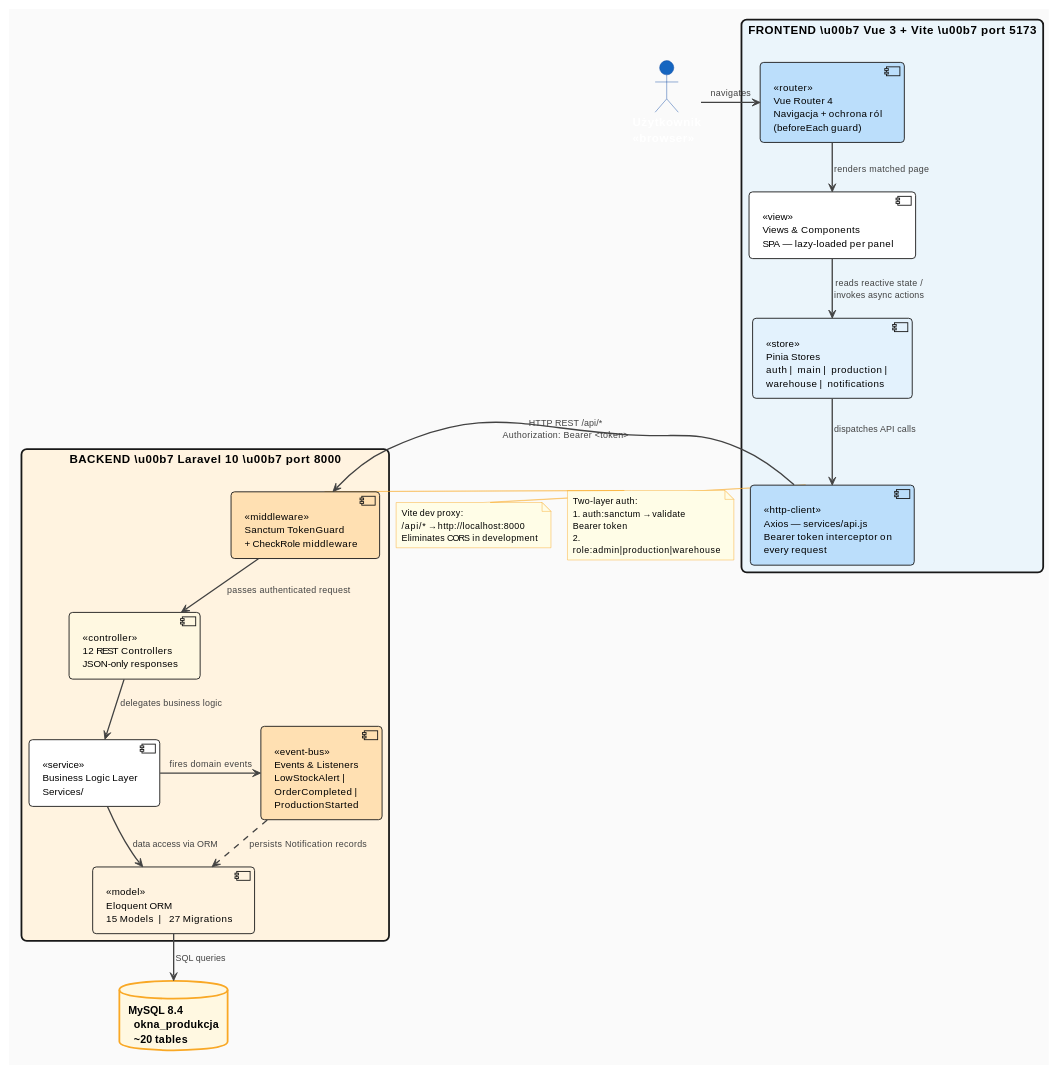
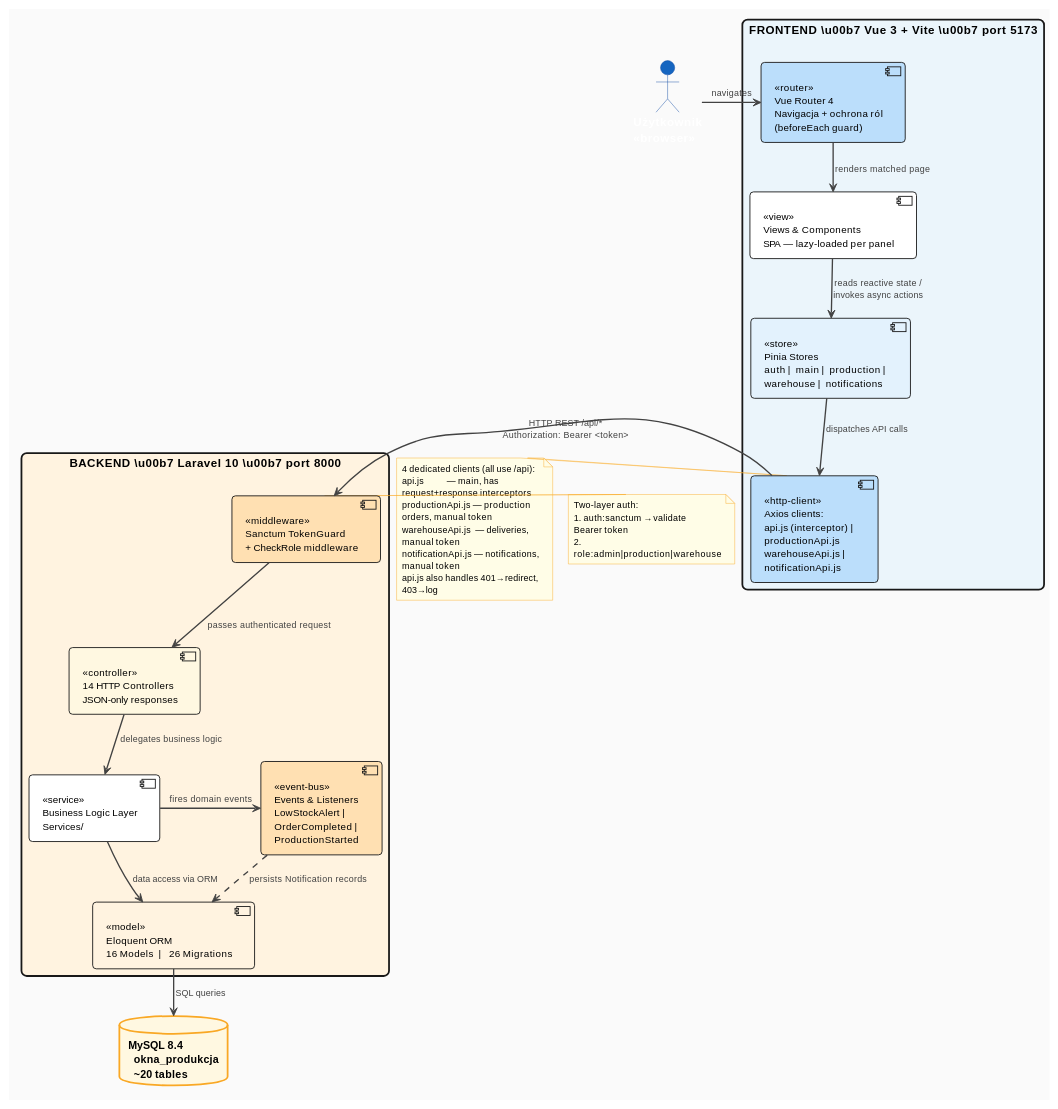
One commit to Tekashian/WindowWidow changed the diagram in docs/01-architektura.md. Above: the diagram before and after it, drawn with PlantUML. The commit also changed other lines of this file and 6 other files, not shown here.

First line of the commit message:
fix: deep UML audit + 1 more hardcoded URL

```diff
--- a/docs/01-architektura.md
+++ b/docs/01-architektura.md
@@ -71,14 +71,14 @@
   component "<<router>>\nVue Router 4\nNavigacja + ochrona ról (beforeEach guard)" as ROUTER #BBDEFB
   component "<<view>>\nViews & Components\nSPA — lazy-loaded per panel" as VIEWS #FFFFFF
   component "<<store>>\nPinia Stores\nauth | main | production | warehouse | notifications" as STORES #E3F2FD
-  component "<<http-client>>\nAxios — services/api.js\nBearer token interceptor on every request" as AXIOS #BBDEFB
+  component "<<http-client>>\nAxios clients:\napi.js (interceptor) | productionApi.js\nwarehouseApi.js | notificationApi.js" as AXIOS #BBDEFB
 }
 
 rectangle "BACKEND  \u00b7  Laravel 10  \u00b7  port 8000" #FFF3E0 {
   component "<<middleware>>\nSanctum TokenGuard\n+ CheckRole middleware" as MW #FFE0B2
-  component "<<controller>>\n12 REST Controllers\nJSON-only responses" as CTRL #FFF8E1
+  component "<<controller>>\n14 HTTP Controllers\nJSON-only responses" as CTRL #FFF8E1
   component "<<service>>\nBusiness Logic Layer\nServices/" as SVC #FFFFFF
-  component "<<model>>\nEloquent ORM\n15 Models  |  27 Migrations" as MODELS #FFF3E0
+  component "<<model>>\nEloquent ORM\n16 Models  |  26 Migrations" as MODELS #FFF3E0
   component "<<event-bus>>\nEvents & Listeners\nLowStockAlert | OrderCompleted | ProductionStarted" as EVENTS #FFE0B2
 }
 
@@ -99,9 +99,12 @@
 EVENTS ..> MODELS : persists Notification records
 
 note right of AXIOS
-  Vite dev proxy:
-  /api/* → http://localhost:8000
-  Eliminates CORS in development
+  4 dedicated clients (all use /api):
+  api.js          — main, has request+response interceptors
+  productionApi.js — production orders, manual token
+  warehouseApi.js  — deliveries, manual token
+  notificationApi.js — notifications, manual token
+  api.js also handles 401→redirect, 403→log
 end note
 
 note right of MW
```
